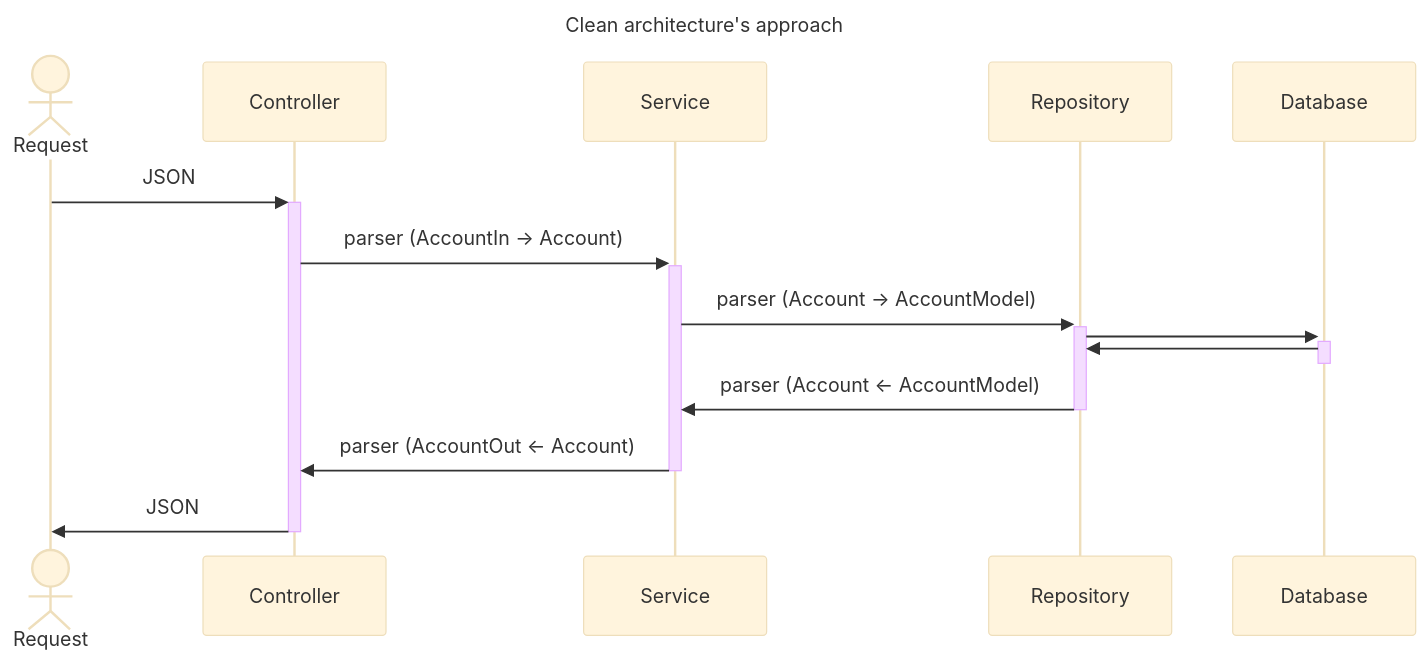
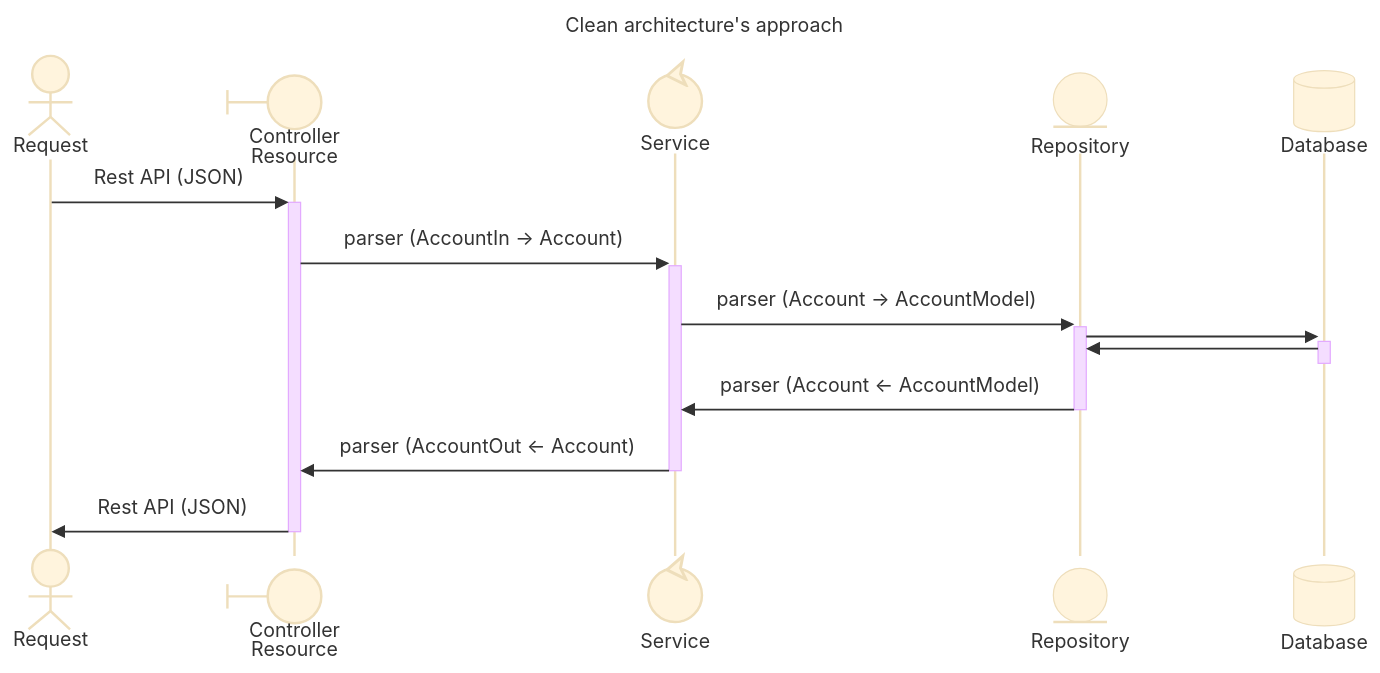
Before and after one commit to Insper/platform: the second of 2 diagrams in docs/hands-on/1/index.md, drawn with Mermaid (base theme). The commit also changed 1 other file, not shown here.

Commit message:
doc diagrams

````diff
--- a/docs/hands-on/1/index.md
+++ b/docs/hands-on/1/index.md
@@ -84,13 +84,17 @@
 ``` mermaid
 sequenceDiagram
     title Clean architecture's approach 
     Actor Request
-    Request ->>+ Controller: JSON
+    participant Controller@{ "type": "boundary", "alias": "Controller<br>Resource" }
+    participant Service@{ "type": "control" }
+    participant Repository@{ "type" : "entity" }
+    participant Database@{ "type" : "database" }
+    Request ->>+ Controller: Rest API (JSON)
     Controller ->>+ Service: parser (AccountIn -> Account)
     Service ->>+ Repository: parser (Account -> AccountModel)
     Repository ->>+ Database: 
     Database ->>- Repository: 
     Repository ->>- Service: parser (Account <- AccountModel)
     Service ->>- Controller: parser (AccountOut <- Account)
-    Controller ->>- Request: JSON
+    Controller ->>- Request: Rest API (JSON)
 ```
````
